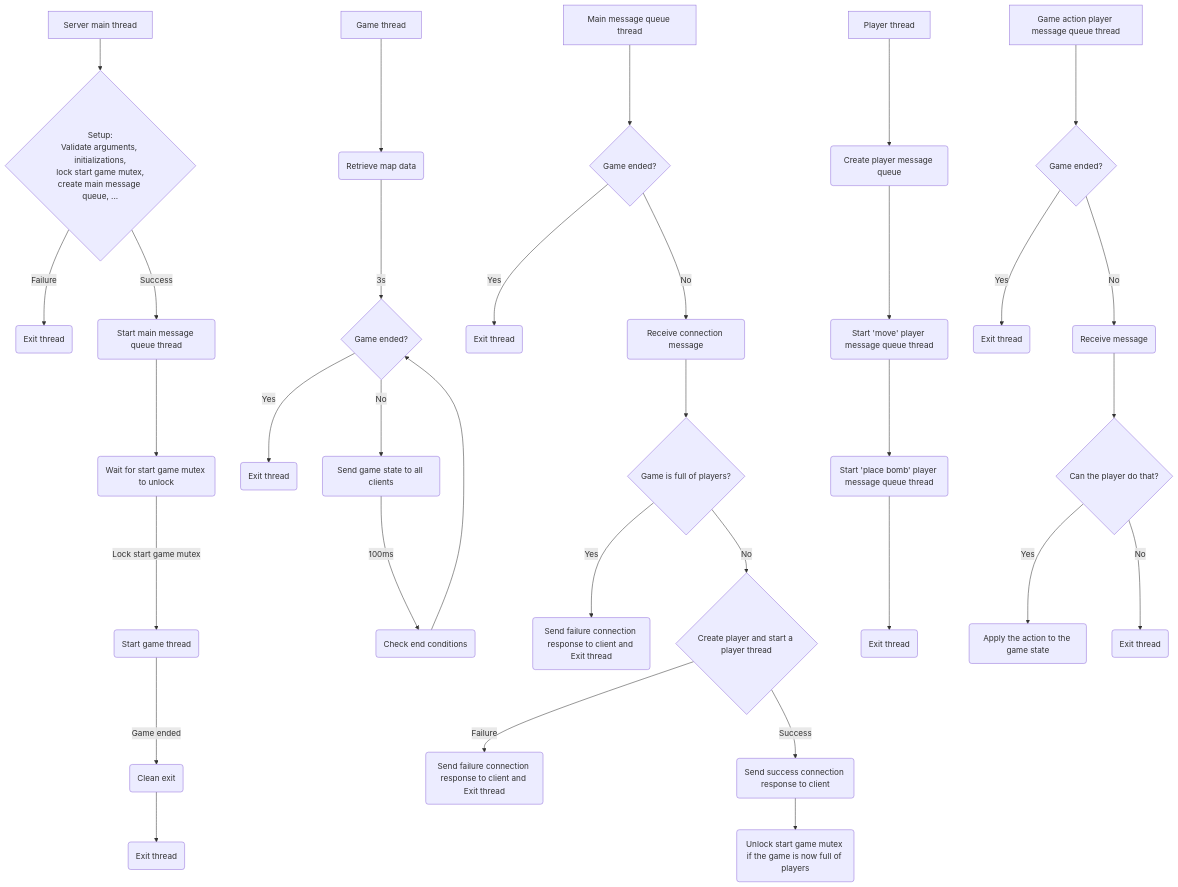
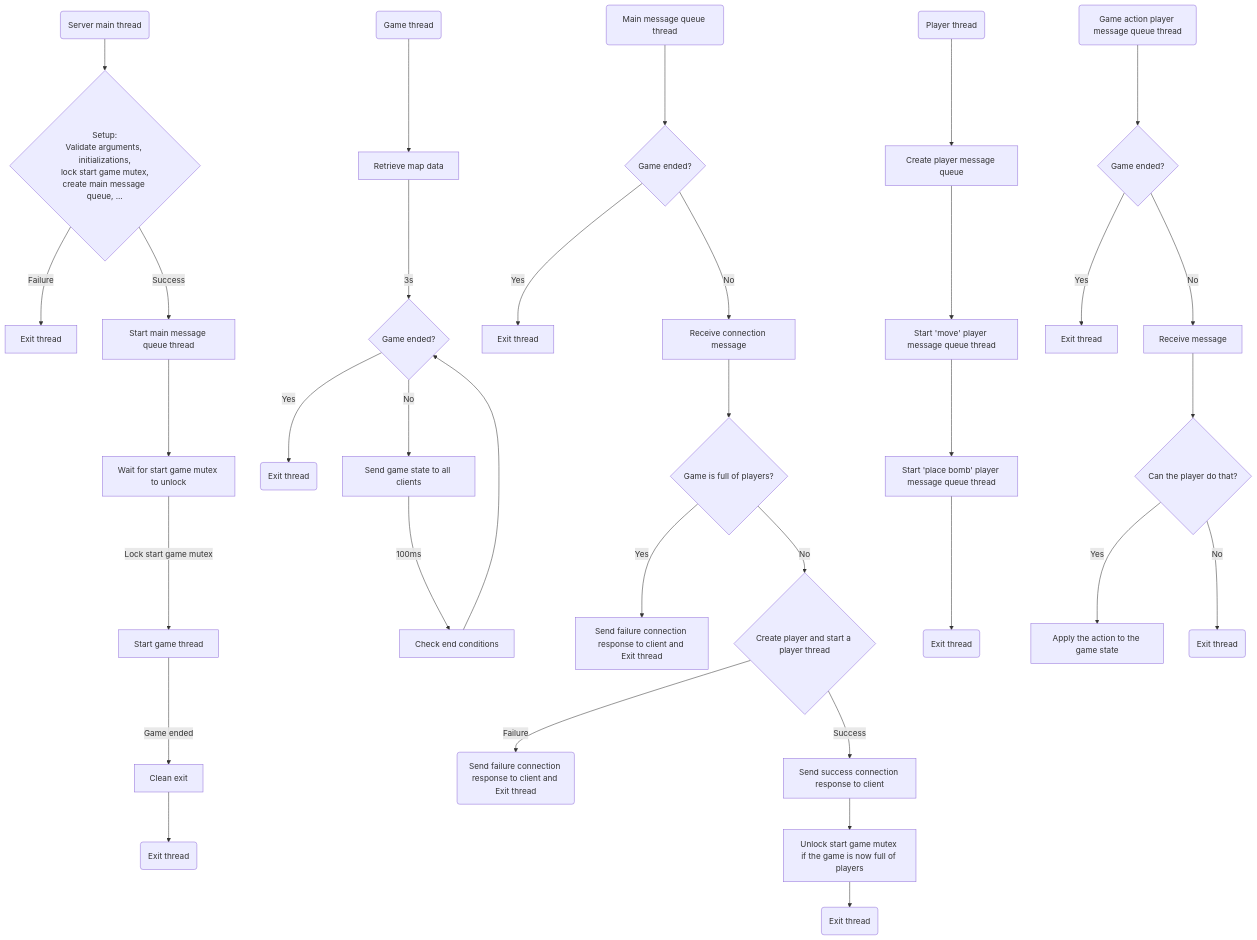
The diagram in server/README.md (eNiiju/bomberman-console), drawn with Mermaid before and after one commit. The commit also changed 1 other file, not shown here.

Commit message:
Update flow charts

````diff
--- a/server/README.md
+++ b/server/README.md
@@ -5,39 +5,40 @@
 ```mermaid
 graph TD
-    MAIN_THREAD[Server main thread] --> MAIN_THREAD_A{Setup:<br />Validate arguments, initializations,<br />lock start game mutex,<br />create main message queue, ...}
-    MAIN_THREAD_A -->|Failure| MAIN_THREAD_B(Exit thread)
-    MAIN_THREAD_A -->|Success| MAIN_THREAD_C(Start main message queue thread)
-    MAIN_THREAD_C --> MAIN_THREAD_D(Wait for start game mutex to unlock)
-    MAIN_THREAD_D -->|Lock start game mutex| MAIN_THREAD_E(Start game thread)
-    MAIN_THREAD_E -->|Game ended| MAIN_THREAD_F(Clean exit)
+    MAIN_THREAD(Server main thread) --> MAIN_THREAD_A{Setup:<br />Validate arguments, initializations,<br />lock start game mutex,<br />create main message queue, ...}
+    MAIN_THREAD_A -->|Failure| MAIN_THREAD_B[Exit thread]
+    MAIN_THREAD_A -->|Success| MAIN_THREAD_C[Start main message queue thread]
+    MAIN_THREAD_C --> MAIN_THREAD_D[Wait for start game mutex to unlock]
+    MAIN_THREAD_D -->|Lock start game mutex| MAIN_THREAD_E[Start game thread]
+    MAIN_THREAD_E -->|Game ended| MAIN_THREAD_F[Clean exit]
     MAIN_THREAD_F --> MAIN_THREAD_G(Exit thread)
 
-    THREAD_GAME[Game thread] --> THREAD_GAME_A(Retrieve map data)
+    THREAD_GAME(Game thread) --> THREAD_GAME_A[Retrieve map data]
     THREAD_GAME_A -->|3s| THREAD_GAME_B{Game ended?}
     THREAD_GAME_B -->|Yes| THREAD_GAME_C(Exit thread)
-    THREAD_GAME_B -->|No| THREAD_GAME_D(Send game state to all clients)
-    THREAD_GAME_D -->|100ms| THREAD_GAME_E(Check end conditions)
+    THREAD_GAME_B -->|No| THREAD_GAME_D[Send game state to all clients]
+    THREAD_GAME_D -->|100ms| THREAD_GAME_E[Check end conditions]
     THREAD_GAME_E --> THREAD_GAME_B
 
-    THREAD_MAIN_MESSAGE_QUEUE[Main message queue thread] --> THREAD_MAIN_MESSAGE_QUEUE_A{Game ended?}
-    THREAD_MAIN_MESSAGE_QUEUE_A -->|Yes| THREAD_MAIN_MESSAGE_QUEUE_B(Exit thread)
-    THREAD_MAIN_MESSAGE_QUEUE_A -->|No| THREAD_MAIN_MESSAGE_QUEUE_C(Receive connection message)
+    THREAD_MAIN_MESSAGE_QUEUE(Main message queue thread) --> THREAD_MAIN_MESSAGE_QUEUE_A{Game ended?}
+    THREAD_MAIN_MESSAGE_QUEUE_A -->|Yes| THREAD_MAIN_MESSAGE_QUEUE_B[Exit thread]
+    THREAD_MAIN_MESSAGE_QUEUE_A -->|No| THREAD_MAIN_MESSAGE_QUEUE_C[Receive connection message]
     THREAD_MAIN_MESSAGE_QUEUE_C --> THREAD_MAIN_MESSAGE_QUEUE_D{Game is full of players?}
-    THREAD_MAIN_MESSAGE_QUEUE_D -->|Yes| THREAD_MAIN_MESSAGE_QUEUE_E(Send failure connection response to client and Exit thread)
+    THREAD_MAIN_MESSAGE_QUEUE_D -->|Yes| THREAD_MAIN_MESSAGE_QUEUE_E[Send failure connection response to client and Exit thread]
     THREAD_MAIN_MESSAGE_QUEUE_D -->|No| THREAD_MAIN_MESSAGE_QUEUE_F{Create player and start a player thread}
     THREAD_MAIN_MESSAGE_QUEUE_F -->|Failure| THREAD_MAIN_MESSAGE_QUEUE_G(Send failure connection response to client and Exit thread)
-    THREAD_MAIN_MESSAGE_QUEUE_F -->|Success| THREAD_MAIN_MESSAGE_QUEUE_H(Send success connection response to client)
-    THREAD_MAIN_MESSAGE_QUEUE_H --> THREAD_MAIN_MESSAGE_QUEUE_I(Unlock start game mutex if the game is now full of players)
+    THREAD_MAIN_MESSAGE_QUEUE_F -->|Success| THREAD_MAIN_MESSAGE_QUEUE_H[Send success connection response to client]
+    THREAD_MAIN_MESSAGE_QUEUE_H --> THREAD_MAIN_MESSAGE_QUEUE_I[Unlock start game mutex if the game is now full of players]
+    THREAD_MAIN_MESSAGE_QUEUE_I --> THREAD_MAIN_MESSAGE_QUEUE_J(Exit thread)
 
-    THREAD_PLAYER[Player thread] --> THREAD_PLAYER_A(Create player message queue)
-    THREAD_PLAYER_A --> THREAD_PLAYER_B(Start 'move' player message queue thread)
-    THREAD_PLAYER_B --> THREAD_PLAYER_C(Start 'place bomb' player message queue thread)
+    THREAD_PLAYER(Player thread) --> THREAD_PLAYER_A[Create player message queue]
+    THREAD_PLAYER_A --> THREAD_PLAYER_B[Start 'move' player message queue thread]
+    THREAD_PLAYER_B --> THREAD_PLAYER_C[Start 'place bomb' player message queue thread]
     THREAD_PLAYER_C --> THREAD_PLAYER_D(Exit thread)
     
-    THREAD_GAME_ACTION_PLAYER_MESSAGE_QUEUE[Game action player message queue thread] --> THREAD_GAME_ACTION_PLAYER_MESSAGE_QUEUE_A{Game ended?}
-    THREAD_GAME_ACTION_PLAYER_MESSAGE_QUEUE_A -->|Yes| THREAD_GAME_ACTION_PLAYER_MESSAGE_QUEUE_B(Exit thread)
-    THREAD_GAME_ACTION_PLAYER_MESSAGE_QUEUE_A -->|No| THREAD_GAME_ACTION_PLAYER_MESSAGE_QUEUE_C(Receive message)
+    THREAD_GAME_ACTION_PLAYER_MESSAGE_QUEUE(Game action player message queue thread) --> THREAD_GAME_ACTION_PLAYER_MESSAGE_QUEUE_A{Game ended?}
+    THREAD_GAME_ACTION_PLAYER_MESSAGE_QUEUE_A -->|Yes| THREAD_GAME_ACTION_PLAYER_MESSAGE_QUEUE_B[Exit thread]
+    THREAD_GAME_ACTION_PLAYER_MESSAGE_QUEUE_A -->|No| THREAD_GAME_ACTION_PLAYER_MESSAGE_QUEUE_C[Receive message]
     THREAD_GAME_ACTION_PLAYER_MESSAGE_QUEUE_C --> THREAD_GAME_ACTION_PLAYER_MESSAGE_QUEUE_D{Can the player do that?}
-    THREAD_GAME_ACTION_PLAYER_MESSAGE_QUEUE_D -->|Yes| THREAD_GAME_ACTION_PLAYER_MESSAGE_QUEUE_E(Apply the action to the game state)
+    THREAD_GAME_ACTION_PLAYER_MESSAGE_QUEUE_D -->|Yes| THREAD_GAME_ACTION_PLAYER_MESSAGE_QUEUE_E[Apply the action to the game state]
     THREAD_GAME_ACTION_PLAYER_MESSAGE_QUEUE_D -->|No| THREAD_GAME_ACTION_PLAYER_MESSAGE_QUEUE_F(Exit thread)
 ```
````
